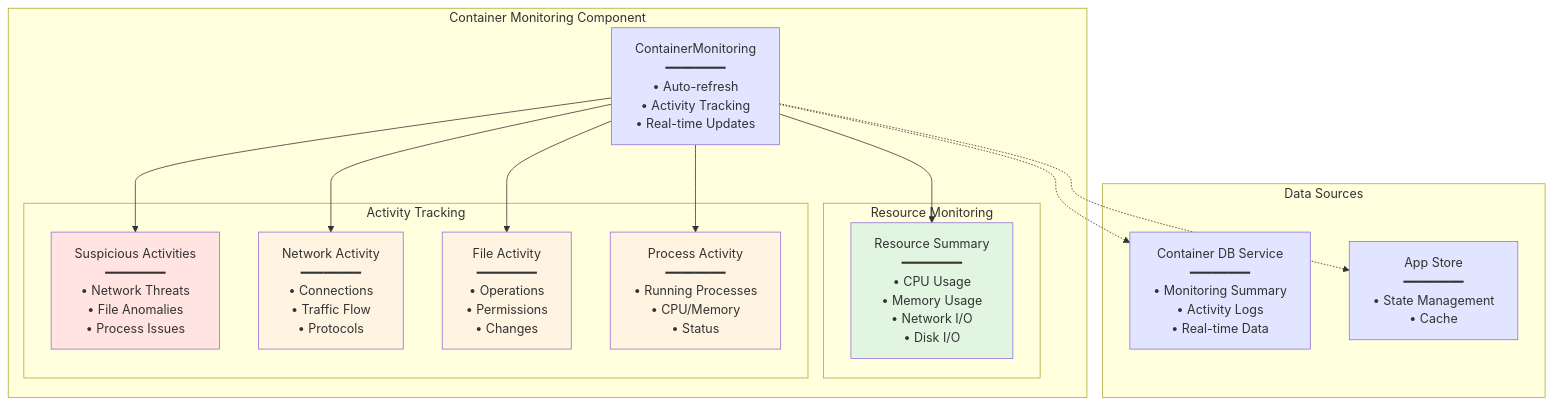
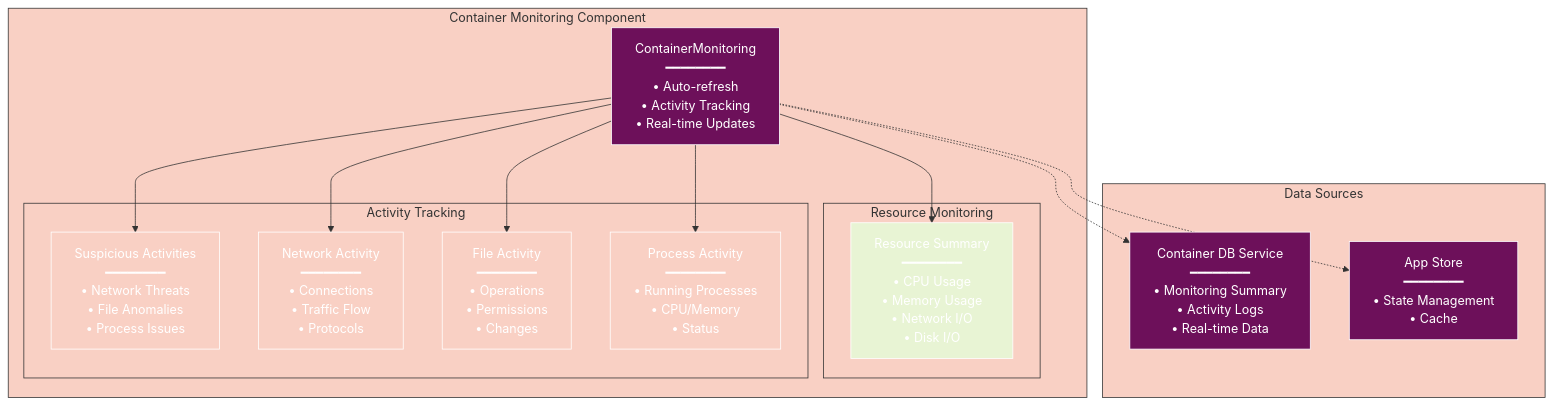
One commit to radicalkjax/Athena changed the first of 7 diagrams in docs/components/CONTAINER_MONITORING.md. Above: the diagram before and after it, drawn with Mermaid. The commit also changed other lines of this file and 27 other files, not shown here.

Commit message:
Introduction of expo package manager. Updated docs to reflect changes. Unified mermaid theme for docs.

````diff
--- a/docs/components/CONTAINER_MONITORING.md
+++ b/docs/components/CONTAINER_MONITORING.md
@@ -19,40 +19,61 @@
 ```mermaid
+%%{init: {
+  'theme': 'base',
+  'themeVariables': {
+    'primaryColor': '#6d105a',
+    'primaryTextColor': '#ffffff',
+    'primaryBorderColor': '#ffffff',
+    'lineColor': '#333333',
+    'secondaryColor': '#e8f4d4',
+    'secondaryTextColor': '#333333',
+    'secondaryBorderColor': '#333333',
+    'tertiaryColor': '#f9d0c4',
+    'tertiaryTextColor': '#333333',
+    'tertiaryBorderColor': '#333333',
+    'background': '#ffffff',
+    'mainBkg': '#6d105a',
+    'secondBkg': '#e8f4d4',
+    'tertiaryBkg': '#f9d0c4',
+    'textColor': '#333333',
+    'fontFamily': 'Arial, sans-serif'
+  }
+}}%%
 graph TB
     subgraph "Container Monitoring Component"
         CM[ContainerMonitoring<br/>━━━━━━━━<br/>• Auto-refresh<br/>• Activity Tracking<br/>• Real-time Updates]
         
         subgraph "Resource Monitoring"
             RS[Resource Summary<br/>━━━━━━━━<br/>• CPU Usage<br/>• Memory Usage<br/>• Network I/O<br/>• Disk I/O]
         end
         
         subgraph "Activity Tracking"
             SA[Suspicious Activities<br/>━━━━━━━━<br/>• Network Threats<br/>• File Anomalies<br/>• Process Issues]
             NA[Network Activity<br/>━━━━━━━━<br/>• Connections<br/>• Traffic Flow<br/>• Protocols]
             FA[File Activity<br/>━━━━━━━━<br/>• Operations<br/>• Permissions<br/>• Changes]
             PA[Process Activity<br/>━━━━━━━━<br/>• Running Processes<br/>• CPU/Memory<br/>• Status]
         end
     end
     
     subgraph "Data Sources"
         CDB[Container DB Service<br/>━━━━━━━━<br/>• Monitoring Summary<br/>• Activity Logs<br/>• Real-time Data]
         STORE[App Store<br/>━━━━━━━━<br/>• State Management<br/>• Cache]
     end
     
     CM --> RS
     CM --> SA
     CM --> NA
     CM --> FA
     CM --> PA
     
     CM -.-> CDB
     CM -.-> STORE
     
-    style CM fill:#e1e5ff
-    style RS fill:#e1f5e1
-    style SA fill:#ffe4e1
-    style NA fill:#fff4e1
-    style FA fill:#fff4e1
-    style PA fill:#fff4e1
-    style CDB fill:#e1e5ff
-    style STORE fill:#e1e5ff
+    style CM fill:#6d105a
+    style RS fill:#e8f4d4
+    style SA fill:#f9d0c4
+    style NA fill:#f9d0c4
+    style FA fill:#f9d0c4
+    style PA fill:#f9d0c4
+    style CDB fill:#6d105a
+    style STORE fill:#6d105a
 ```
````
